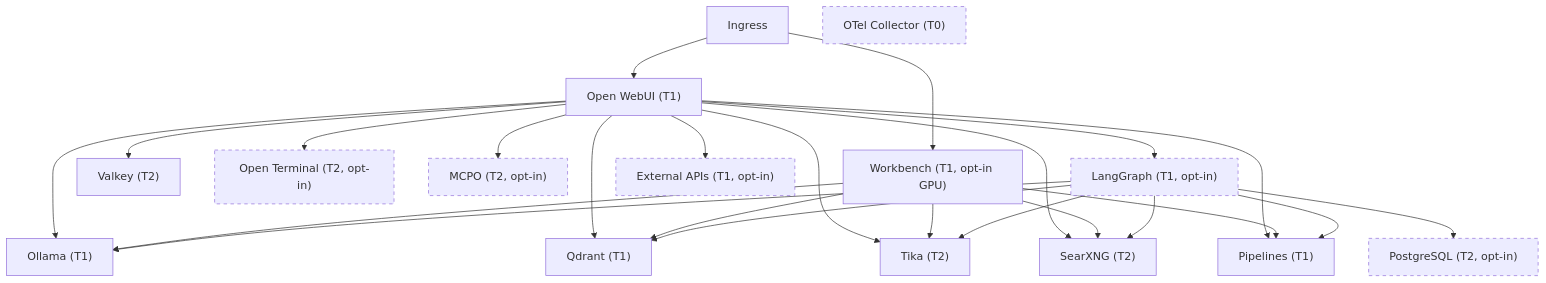
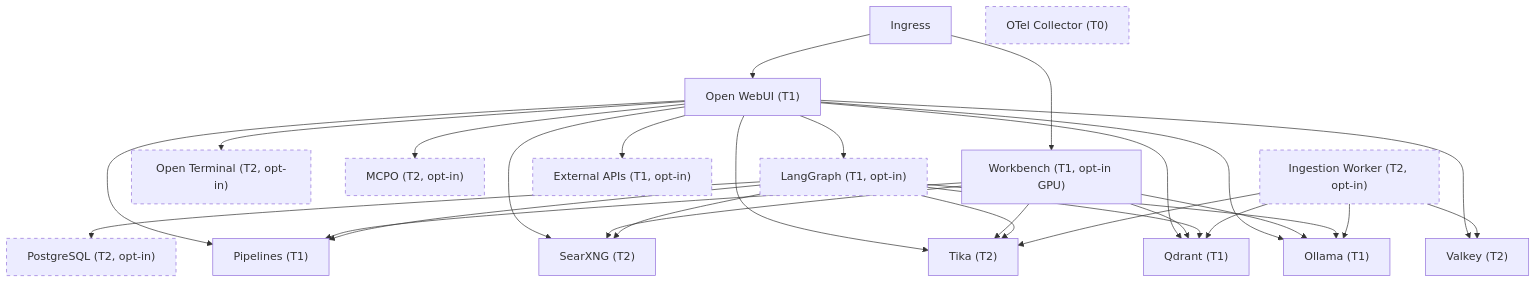
The diagram in README.md (rmednitzer/ai-stack), drawn with Mermaid before and after one commit. The commit also changed other lines of this file, not shown here.

First line of the commit message:
Rework README to reflect full chart capabilities

````diff
--- a/README.md
+++ b/README.md
@@ -11,39 +11,45 @@
 ```mermaid
 graph TD
   Ingress --> OpenWebUI["Open WebUI (T1)"]
   Ingress --> Workbench["Workbench (T1, opt-in GPU)"]
 
   OpenWebUI --> Ollama["Ollama (T1)"]
   OpenWebUI --> Qdrant["Qdrant (T1)"]
   OpenWebUI --> Tika["Tika (T2)"]
   OpenWebUI --> SearXNG["SearXNG (T2)"]
   OpenWebUI --> Valkey["Valkey (T2)"]
   OpenWebUI --> Pipelines["Pipelines (T1)"]
 
   Workbench --> Ollama
   Workbench --> Qdrant
   Workbench --> Pipelines
   Workbench --> Tika
   Workbench --> SearXNG
 
   OpenWebUI --> OpenTerminal["Open Terminal (T2, opt-in)"]
   OpenWebUI --> MCPO["MCPO (T2, opt-in)"]
   OpenWebUI --> LangGraph["LangGraph (T1, opt-in)"]
   OpenWebUI --> ExternalAPIs["External APIs (T1, opt-in)"]
 
   LangGraph --> Ollama
   LangGraph --> Qdrant
   LangGraph --> Tika
   LangGraph --> SearXNG
   LangGraph --> Pipelines
   LangGraph --> Postgres["PostgreSQL (T2, opt-in)"]
 
+  IngestionWorker["Ingestion Worker (T2, opt-in)"] --> Valkey
+  IngestionWorker --> Tika
+  IngestionWorker --> Ollama
+  IngestionWorker --> Qdrant
+
   OTel["OTel Collector (T0)"]
 
   style OTel stroke-dasharray: 5 5
   style OpenTerminal stroke-dasharray: 5 5
   style MCPO stroke-dasharray: 5 5
   style LangGraph stroke-dasharray: 5 5
   style Postgres stroke-dasharray: 5 5
   style ExternalAPIs stroke-dasharray: 5 5
+  style IngestionWorker stroke-dasharray: 5 5
 ```
````
